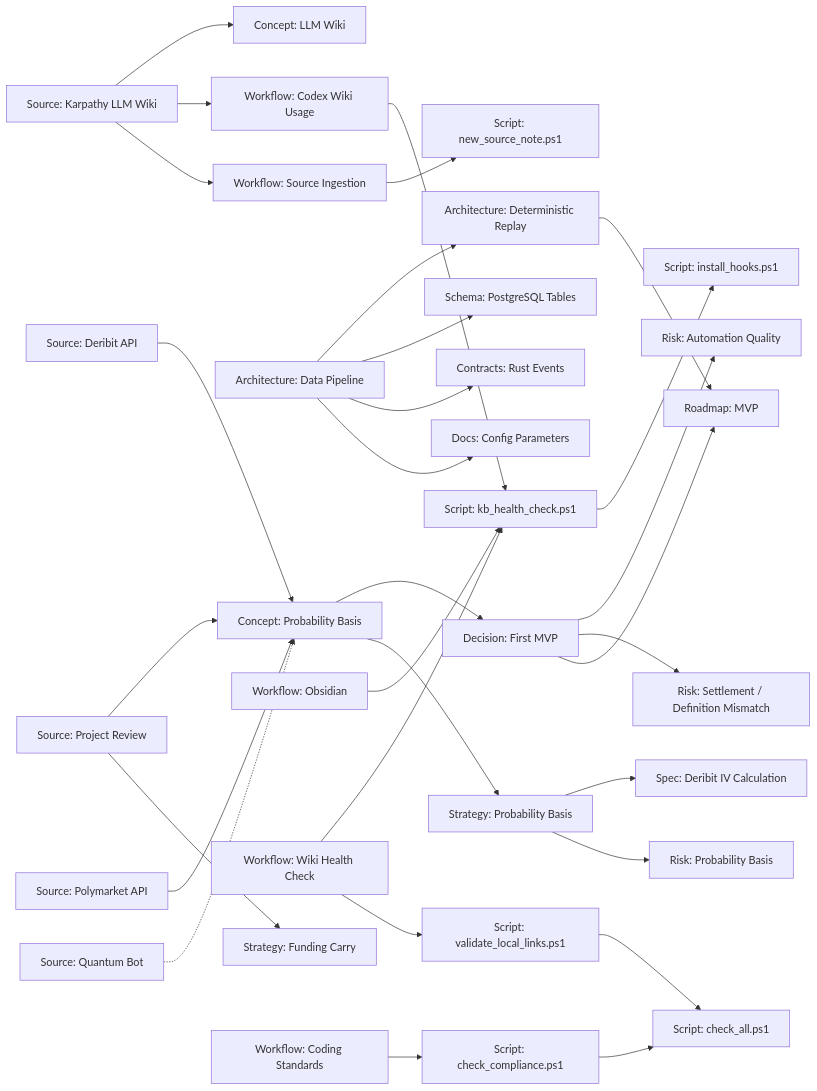
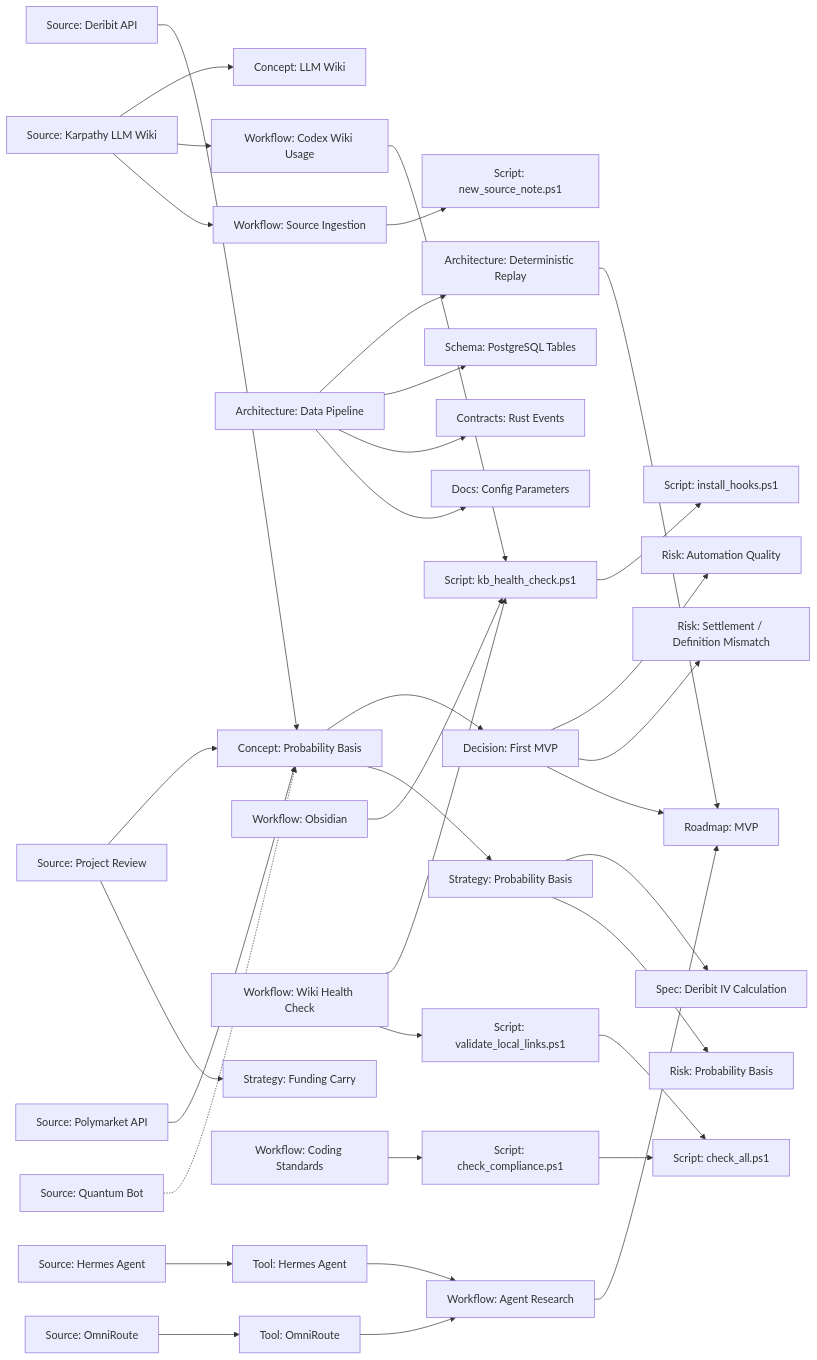
One commit to Cryptotehnolog/CRYPTOTEHNOLOG changed the diagram in knowledge/graph.md. Above: the diagram before and after it, drawn with Mermaid. The commit also changed 8 other files, not shown here.

````diff
--- a/knowledge/graph.md
+++ b/knowledge/graph.md
@@ -24,71 +24,82 @@
 ```mermaid
 flowchart LR
     karpathy["Source: Karpathy LLM Wiki"]
     review["Source: Project Review"]
     deribit["Source: Deribit API"]
+    hermesSource["Source: Hermes Agent"]
+    omniSource["Source: OmniRoute"]
     polymarket["Source: Polymarket API"]
     quantum["Source: Quantum Bot"]
 
     llmWiki["Concept: LLM Wiki"]
     probabilityBasis["Concept: Probability Basis"]
 
     firstMvp["Decision: First MVP"]
     probabilityStrategy["Strategy: Probability Basis"]
     fundingStrategy["Strategy: Funding Carry"]
     ivSpec["Spec: Deribit IV Calculation"]
 
     automationRisk["Risk: Automation Quality"]
     settlementRisk["Risk: Settlement / Definition Mismatch"]
     probabilityRisk["Risk: Probability Basis"]
 
     dataPipeline["Architecture: Data Pipeline"]
     replay["Architecture: Deterministic Replay"]
     postgresSchema["Schema: PostgreSQL Tables"]
     rustContracts["Contracts: Rust Events"]
     configDocs["Docs: Config Parameters"]
     roadmap["Roadmap: MVP"]
 
     codexWorkflow["Workflow: Codex Wiki Usage"]
     obsidianWorkflow["Workflow: Obsidian"]
     healthWorkflow["Workflow: Wiki Health Check"]
     ingestWorkflow["Workflow: Source Ingestion"]
     codingStandards["Workflow: Coding Standards"]
+    agentResearch["Workflow: Agent Research"]
+
+    hermesTool["Tool: Hermes Agent"]
+    omniTool["Tool: OmniRoute"]
 
     kbCheck["Script: kb_health_check.ps1"]
     linkCheck["Script: validate_local_links.ps1"]
     checkAll["Script: check_all.ps1"]
     sourceNote["Script: new_source_note.ps1"]
     hooks["Script: install_hooks.ps1"]
     compliance["Script: check_compliance.ps1"]
 
     karpathy --> llmWiki
     karpathy --> codexWorkflow
     karpathy --> ingestWorkflow
     deribit --> probabilityBasis
+    hermesSource --> hermesTool
+    omniSource --> omniTool
     polymarket --> probabilityBasis
     quantum -.-> probabilityBasis
     review --> probabilityBasis
     review --> fundingStrategy
     probabilityBasis --> firstMvp
     probabilityBasis --> probabilityStrategy
     probabilityStrategy --> ivSpec
     probabilityStrategy --> probabilityRisk
     firstMvp --> automationRisk
     firstMvp --> settlementRisk
     firstMvp --> roadmap
     dataPipeline --> replay
     dataPipeline --> postgresSchema
     dataPipeline --> rustContracts
     dataPipeline --> configDocs
     replay --> roadmap
 
     codexWorkflow --> kbCheck
     obsidianWorkflow --> kbCheck
     healthWorkflow --> kbCheck
     healthWorkflow --> linkCheck
     ingestWorkflow --> sourceNote
     codingStandards --> compliance
+    hermesTool --> agentResearch
+    omniTool --> agentResearch
+    agentResearch --> roadmap
     kbCheck --> hooks
     linkCheck --> checkAll
     compliance --> checkAll
 ```
````
